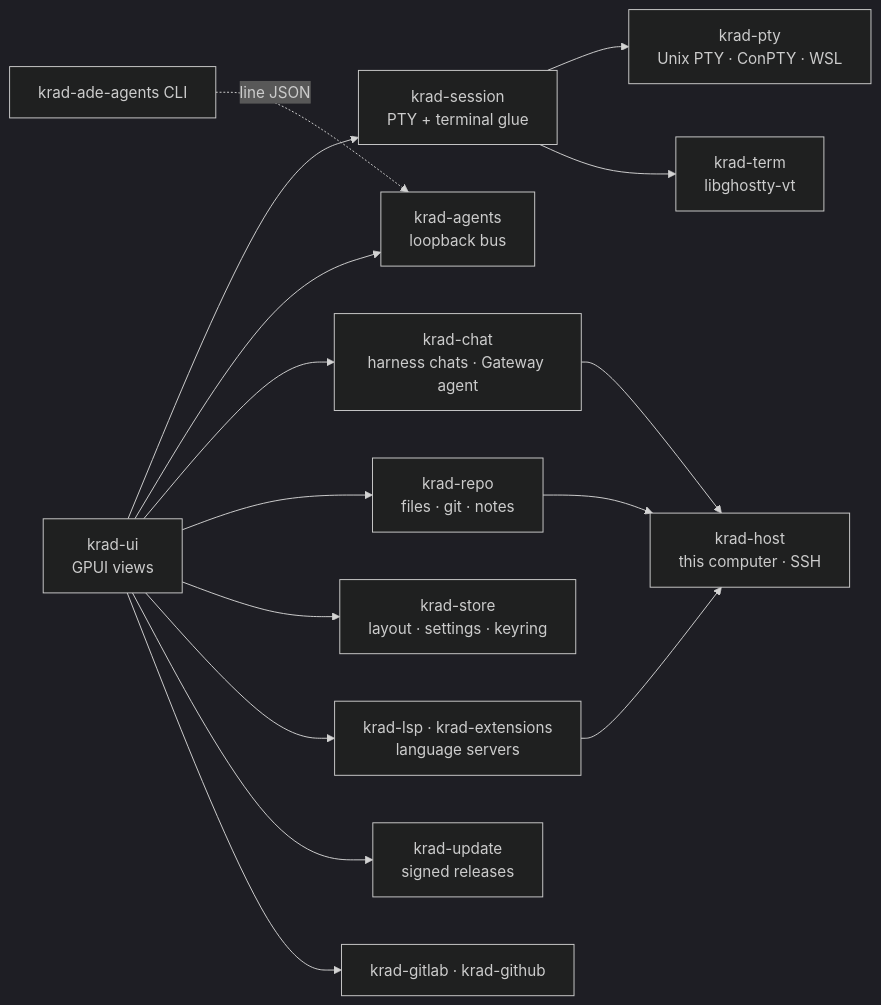
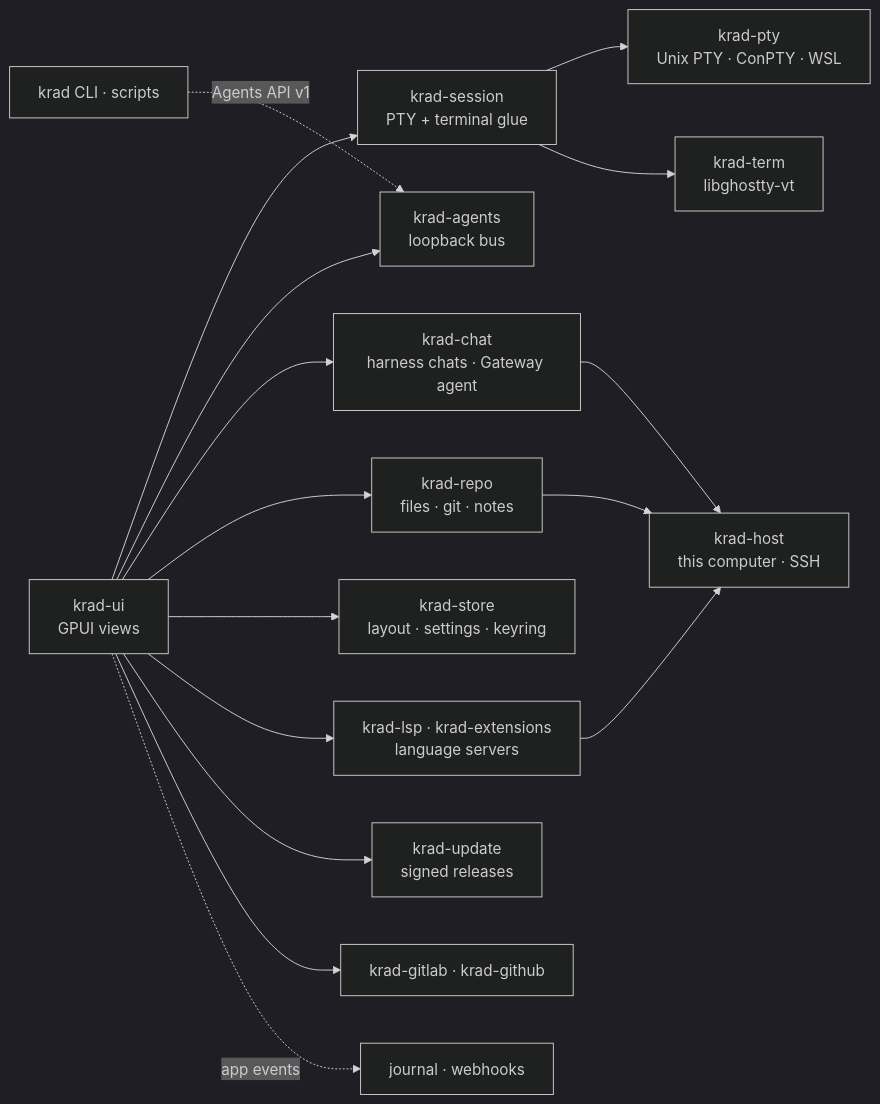
Before and after one commit to joordih/krad-ade: the diagram in README.md, drawn with Mermaid (dark theme). The commit also changed other lines of this file and 595 other files, not shown here.

````diff
--- a/README.md
+++ b/README.md
@@ -223,17 +338,18 @@
 ```mermaid
 flowchart LR
     UI["krad-ui<br/>GPUI views"] --> Session["krad-session<br/>PTY + terminal glue"]
     Session --> PTY["krad-pty<br/>Unix PTY · ConPTY · WSL"]
     Session --> Term["krad-term<br/>libghostty-vt"]
     UI --> Agents["krad-agents<br/>loopback bus"]
     UI --> Chat["krad-chat<br/>harness chats · Gateway agent"]
     UI --> Repo["krad-repo<br/>files · git · notes"]
     UI --> Store["krad-store<br/>layout · settings · keyring"]
     UI --> Lsp["krad-lsp · krad-extensions<br/>language servers"]
     UI --> Update["krad-update<br/>signed releases"]
     UI --> CodeHosts["krad-gitlab · krad-github"]
     Repo --> Host["krad-host<br/>this computer · SSH"]
     Chat --> Host
     Lsp --> Host
-    CLI["krad-ade-agents CLI"] -. line JSON .-> Agents
+    CLI["krad CLI · scripts"] -. Agents API v1 .-> Agents
+    UI -. app events .-> Hooks["journal · webhooks"]
 ```
````
